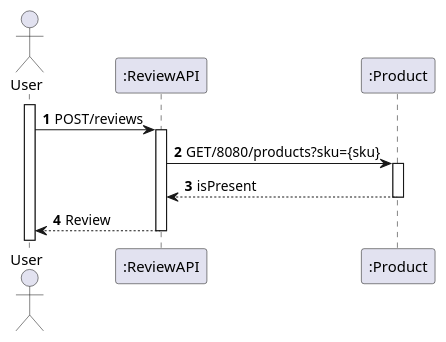
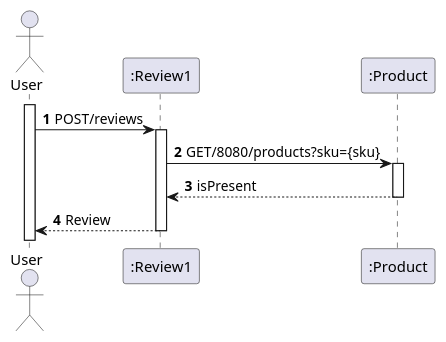
Before and after one commit to giovannaFantacini/ReviewAPI: the diagram in Documentos/SIDIS/Review_createReview.puml, drawn with PlantUML. The commit also changed 9 other files, not shown here.

Commit message:
Diagramas

```diff
--- a/Documentos/SIDIS/Review_createReview.puml
+++ b/Documentos/SIDIS/Review_createReview.puml
@@ -1,18 +1,18 @@
 @startuml
 'https://plantuml.com/sequence-diagram
 
 autoactivate on
 autonumber
 
 actor "User" as User
-participant ":ReviewAPI" as rev1
+participant ":Review1" as rev1
 participant ":Product" as prod
 
 activate User
 
 User -> rev1: POST/reviews
 rev1 -> prod: GET/8080/products?sku={sku}
 prod --> rev1 : isPresent
 rev1 --> User: Review
 
 @enduml
```
